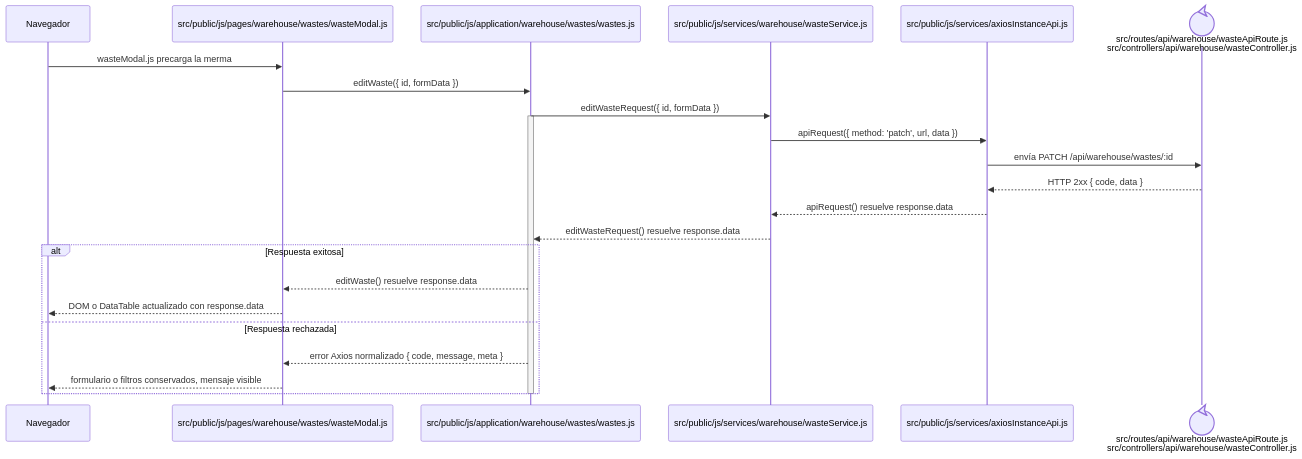
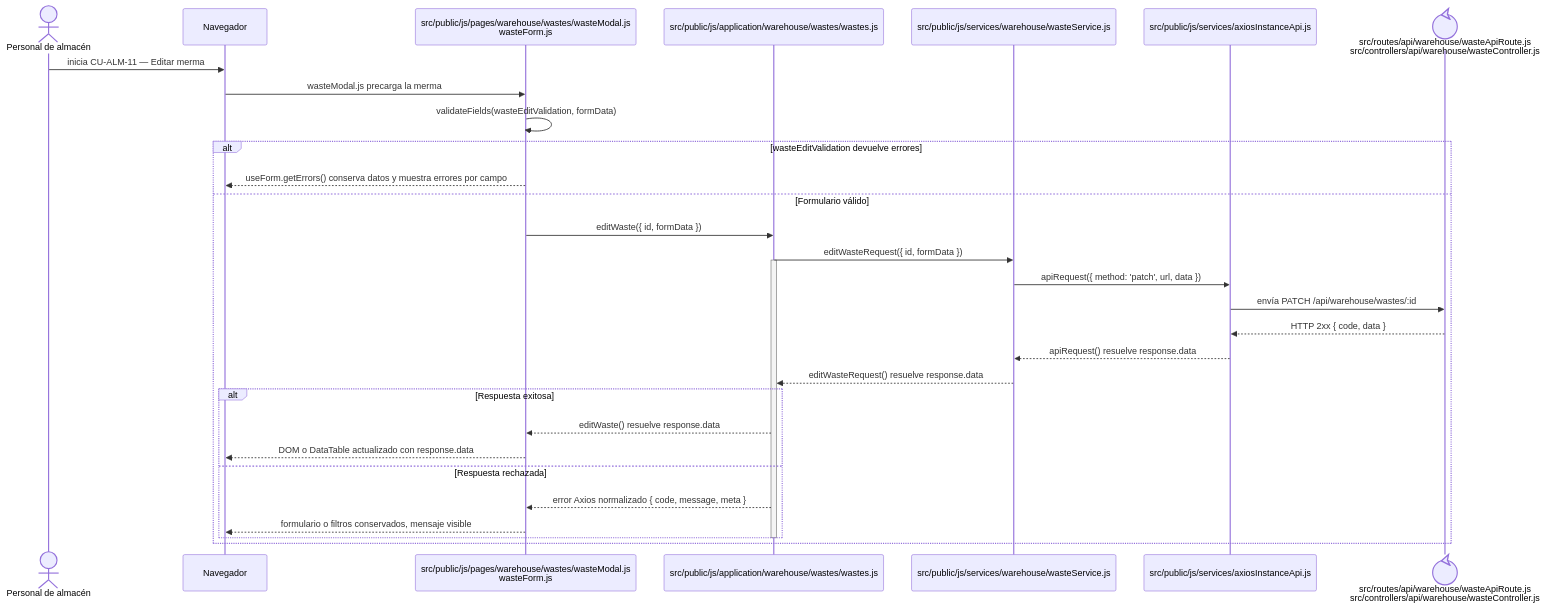
The diagram in docs/architecture/frontend-code-sequences/catalogs/cu-alm-11.md (gpgsistemas01/nexus), drawn with Mermaid before and after one commit. The commit also changed 105 other files, not shown here.

````diff
--- a/docs/architecture/frontend-code-sequences/catalogs/cu-alm-11.md
+++ b/docs/architecture/frontend-code-sequences/catalogs/cu-alm-11.md
@@ -6,27 +6,34 @@
 ```mermaid
 sequenceDiagram
+    actor Initiator as Personal de almacén
     participant Browser as Navegador
-    participant View as src/public/js/pages/warehouse/wastes/wasteModal.js
+    participant View as src/public/js/pages/warehouse/wastes/wasteModal.js<br/>wasteForm.js
     participant Application as src/public/js/application/warehouse/wastes/wastes.js
     participant Request as src/public/js/services/warehouse/wasteService.js
     participant HTTP as src/public/js/services/axiosInstanceApi.js
     participant Transport@{ "type": "control" } as src/routes/api/warehouse/wasteApiRoute.js<br/>src/controllers/api/warehouse/wasteController.js
 
+    Initiator->>Browser: inicia CU-ALM-11 — Editar merma
     Browser->>View: wasteModal.js precarga la merma
-    View->>Application: editWaste({ id, formData })
-    Application->>Request: editWasteRequest({ id, formData })
-    activate Application
-    Request->>HTTP: apiRequest({ method: 'patch', url, data })
-    HTTP->>Transport: envía PATCH /api/warehouse/wastes/:id
-    Transport-->>HTTP: HTTP 2xx { code, data }
-    HTTP-->>Request: apiRequest() resuelve response.data
-    Request-->>Application: editWasteRequest() resuelve response.data
-    alt Respuesta exitosa
-        Application-->>View: editWaste() resuelve response.data
-        View-->>Browser: DOM o DataTable actualizado con response.data
-    else Respuesta rechazada
-        Application-->>View: error Axios normalizado { code, message, meta }
-        View-->>Browser: formulario o filtros conservados, mensaje visible
+    View->>View: validateFields(wasteEditValidation, formData)
+    alt wasteEditValidation devuelve errores
+        View-->>Browser: useForm.getErrors() conserva datos y muestra errores por campo
+    else Formulario válido
+        View->>Application: editWaste({ id, formData })
+        Application->>Request: editWasteRequest({ id, formData })
+        activate Application
+        Request->>HTTP: apiRequest({ method: 'patch', url, data })
+        HTTP->>Transport: envía PATCH /api/warehouse/wastes/:id
+        Transport-->>HTTP: HTTP 2xx { code, data }
+        HTTP-->>Request: apiRequest() resuelve response.data
+        Request-->>Application: editWasteRequest() resuelve response.data
+        alt Respuesta exitosa
+            Application-->>View: editWaste() resuelve response.data
+            View-->>Browser: DOM o DataTable actualizado con response.data
+        else Respuesta rechazada
+            Application-->>View: error Axios normalizado { code, message, meta }
+            View-->>Browser: formulario o filtros conservados, mensaje visible
+        end
+        deactivate Application
     end
-    deactivate Application
 ```
````
